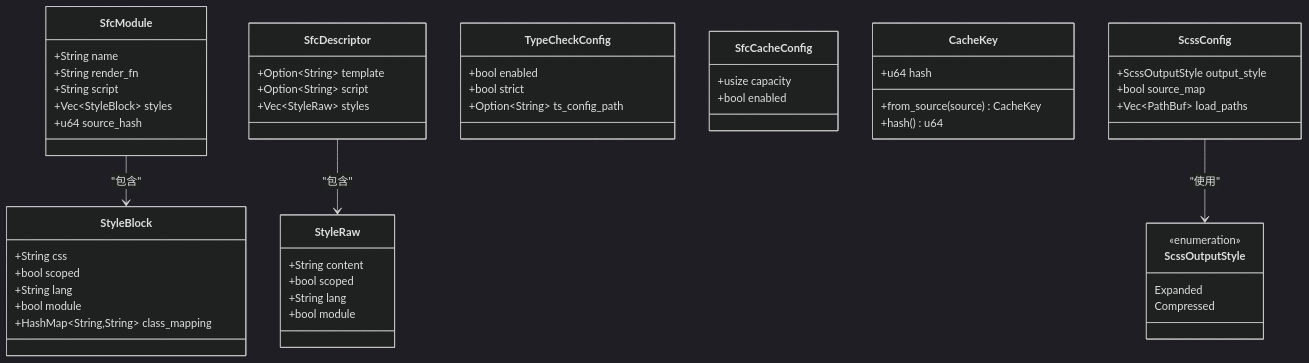
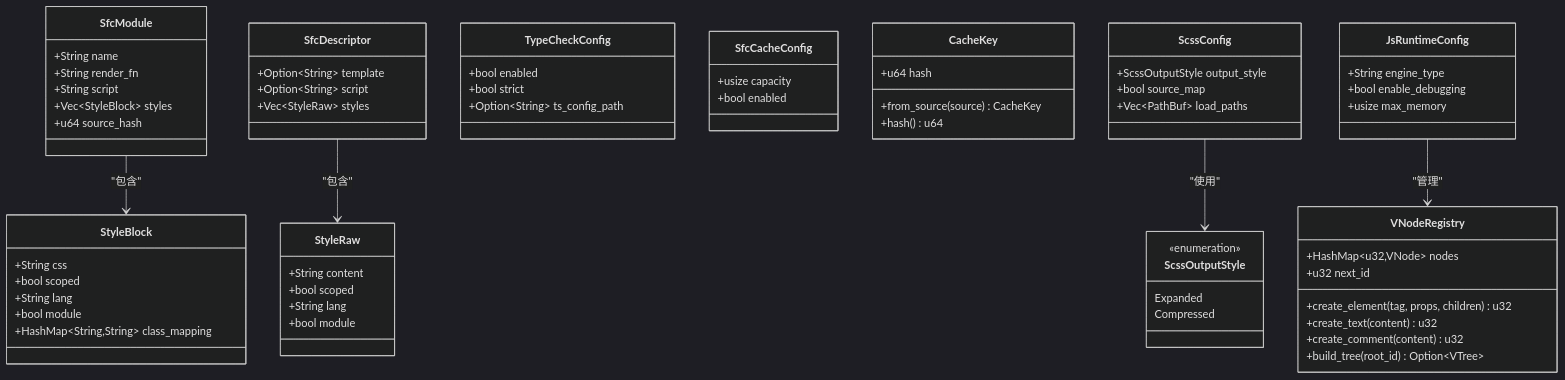
The second of 35 diagrams in .qoder/repowiki/zh/content/技术架构详解/即时转译系统/SFC编译器初始化机制/SFC编译器初始化机制.md (itszzl-sudo/iris), drawn with Mermaid (dark theme) before and after one commit. The commit also changed other lines of this file and 9 other files, not shown here.

````diff
--- a/.qoder/repowiki/zh/content/技术架构详解/即时转译系统/SFC编译器初始化机制/SFC编译器初始化机制.md
+++ b/.qoder/repowiki/zh/content/技术架构详解/即时转译系统/SFC编译器初始化机制/SFC编译器初始化机制.md
@@ -127,55 +165,69 @@
 ```mermaid
 classDiagram
 class SfcModule {
 +String name
 +String render_fn
 +String script
 +Vec~StyleBlock~ styles
 +u64 source_hash
 }
 class StyleBlock {
 +String css
 +bool scoped
 +String lang
 +bool module
 +HashMap~String,String~ class_mapping
 }
 class SfcDescriptor {
 +Option~String~ template
 +Option~String~ script
 +Vec~StyleRaw~ styles
 }
 class StyleRaw {
 +String content
 +bool scoped
 +String lang
 +bool module
 }
 class TypeCheckConfig {
 +bool enabled
 +bool strict
 +Option~String~ ts_config_path
 }
 class SfcCacheConfig {
 +usize capacity
 +bool enabled
 }
 class CacheKey {
 +u64 hash
 +from_source(source) CacheKey
 +hash() u64
 }
 class ScssConfig {
 +ScssOutputStyle output_style
 +bool source_map
 +Vec~PathBuf~ load_paths
 }
 class ScssOutputStyle {
 <<enumeration>>
 Expanded
 Compressed
 }
+class JsRuntimeConfig {
++String engine_type
++bool enable_debugging
++usize max_memory
+}
+class VNodeRegistry {
++HashMap~u32,VNode~ nodes
++u32 next_id
++create_element(tag, props, children) u32
++create_text(content) u32
++create_comment(content) u32
++build_tree(root_id) Option~VTree~
+}
 SfcModule --> StyleBlock : "包含"
 SfcDescriptor --> StyleRaw : "包含"
 ScssConfig --> ScssOutputStyle : "使用"
+JsRuntimeConfig --> VNodeRegistry : "管理"
 ```
````
